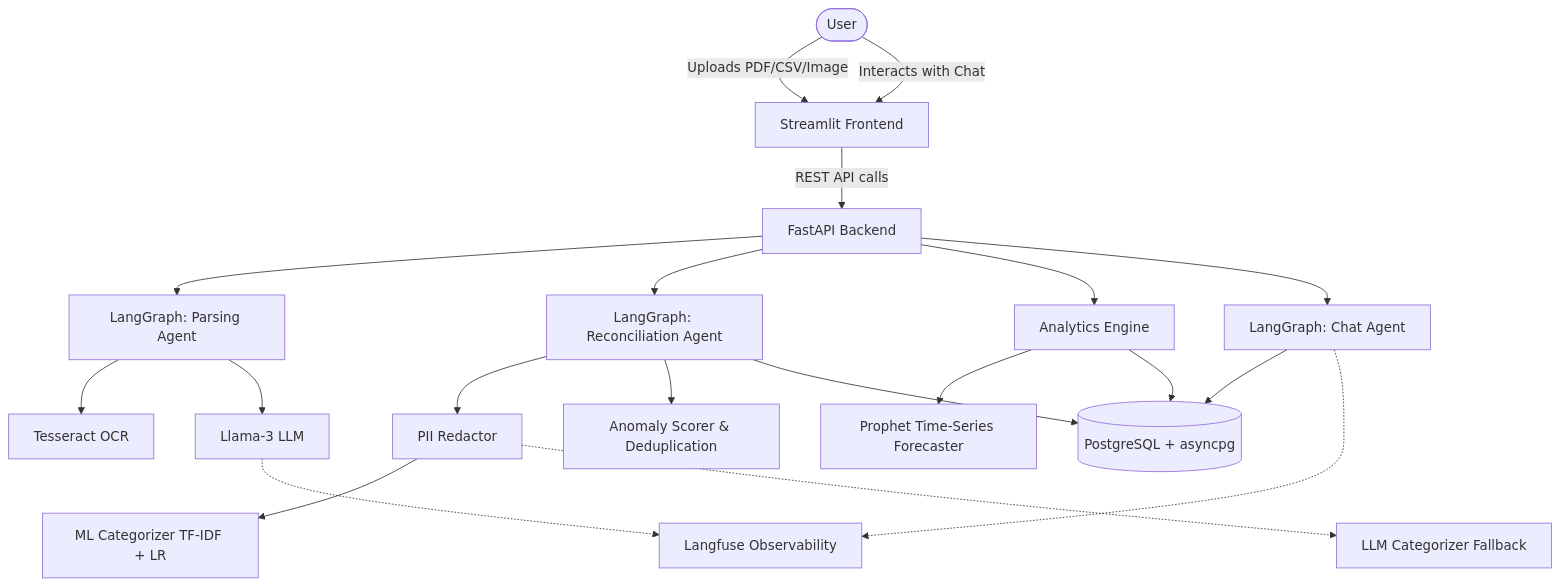
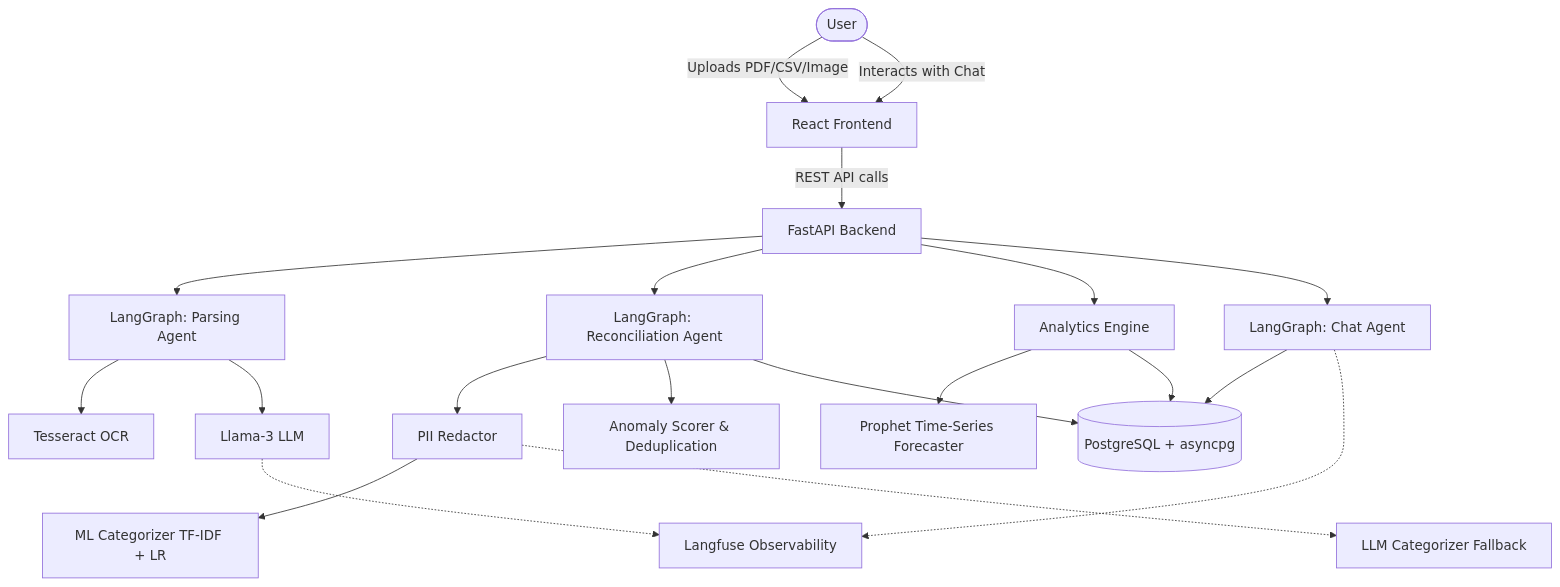
The diagram in README.md (keerthika2004/Personal-finance-assistant), drawn with Mermaid before and after one commit. The commit also changed other lines of this file and 80 other files, not shown here.

Commit message:
feat: migrate from Streamlit to React Vite frontend, add NLP Quick Add parsing logic, update Prophet forecasting data bindings, and update README with new screenshots

````diff
--- a/README.md
+++ b/README.md
@@ -20,35 +38,35 @@
 ```mermaid
 graph TD
     %% User Interfaces
-    User([User]) -->|Uploads PDF/CSV/Image| UI[Streamlit Frontend]
+    User([User]) -->|Uploads PDF/CSV/Image| UI[React Frontend]
     User -->|Interacts with Chat| UI
     
     %% Backend APIs
     UI -->|REST API calls| API[FastAPI Backend]
     
     %% Parsing & Processing
     API --> ParseGraph[LangGraph: Parsing Agent]
     ParseGraph --> OCR[Tesseract OCR]
     ParseGraph --> ParseLLM[Llama-3 LLM]
     
     %% Reconciliation & ML
     API --> ReconGraph[LangGraph: Reconciliation Agent]
     ReconGraph --> PII[PII Redactor]
     PII --> ML[ML Categorizer TF-IDF + LR]
     PII -.-> LLMCat[LLM Categorizer Fallback]
     ReconGraph --> Anomaly[Anomaly Scorer & Deduplication]
     
     %% Analytics & Forecasting
     API --> Analytics[Analytics Engine]
     Analytics --> Prophet[Prophet Time-Series Forecaster]
     
     %% Chat 
     API --> ChatGraph[LangGraph: Chat Agent]
     
     %% Storage & Observability
     ReconGraph --> DB[(PostgreSQL + asyncpg)]
     Analytics --> DB
     ChatGraph --> DB
     ParseLLM -.-> Langfuse[Langfuse Observability]
     ChatGraph -.-> Langfuse
 ```
````
